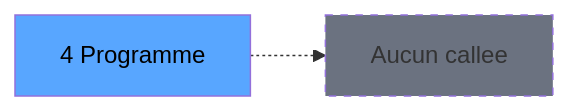
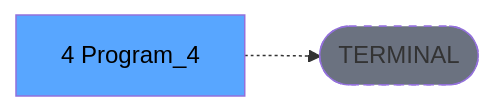
Before and after one commit to thonyAGP/lecteur-magic: the third of 3 diagrams in .openspec/specs/ADH-IDE-4.md, drawn with Mermaid. The commit also changed other lines of this file and 701 other files, not shown here.

````diff
--- a/.openspec/specs/ADH-IDE-4.md
+++ b/.openspec/specs/ADH-IDE-4.md
@@ -120,8 +134,8 @@
 ```mermaid
 graph LR
-    T[4 Programme]
-    NONE[Aucun callee]
-    T -.-> NONE
+    T[4 Program_4]
+    TERM([TERMINAL])
+    T -.-> TERM
+    style TERM fill:#6b7280,stroke-dasharray: 5 5
     style T fill:#58a6ff,color:#000
-    style NONE fill:#6b7280,stroke-dasharray: 5 5
 ```
````
